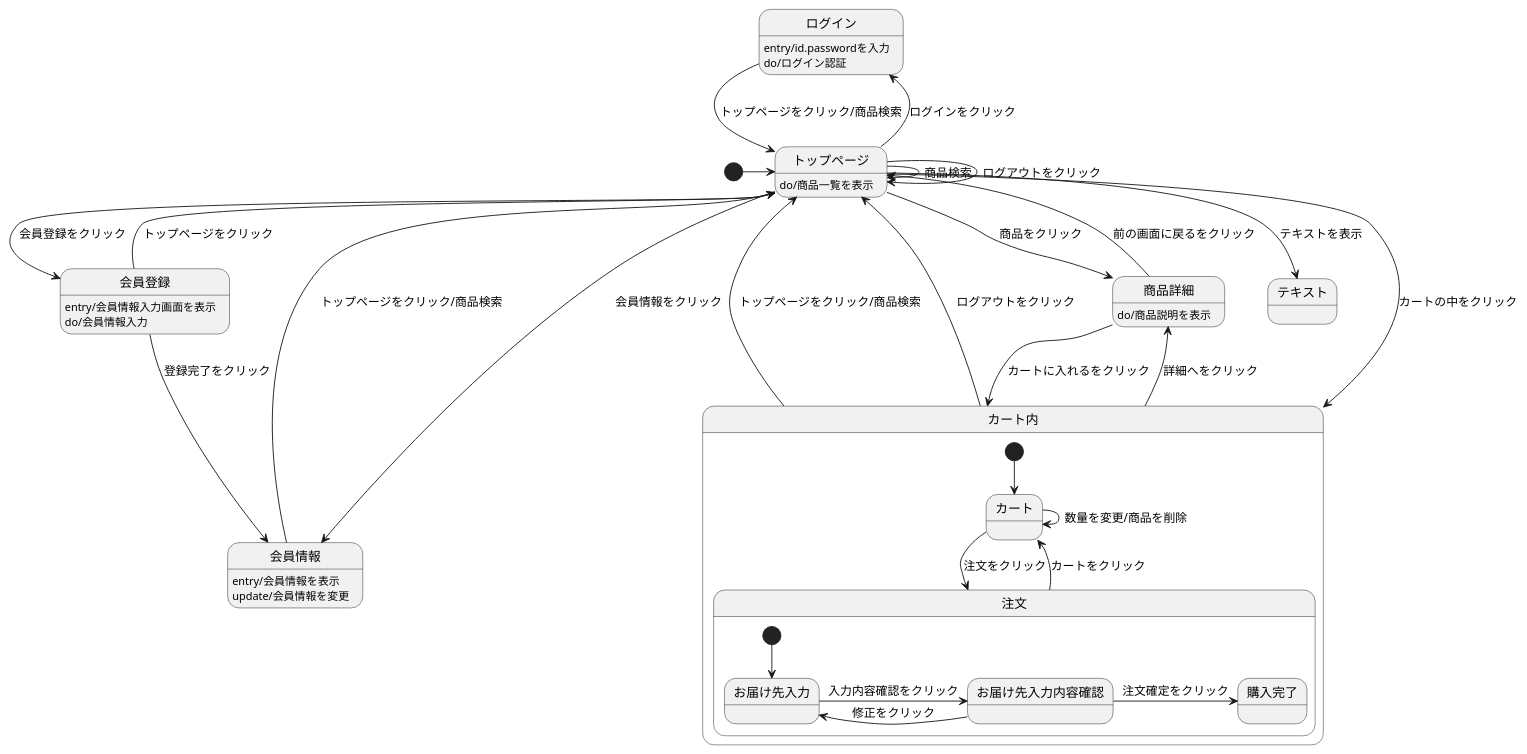
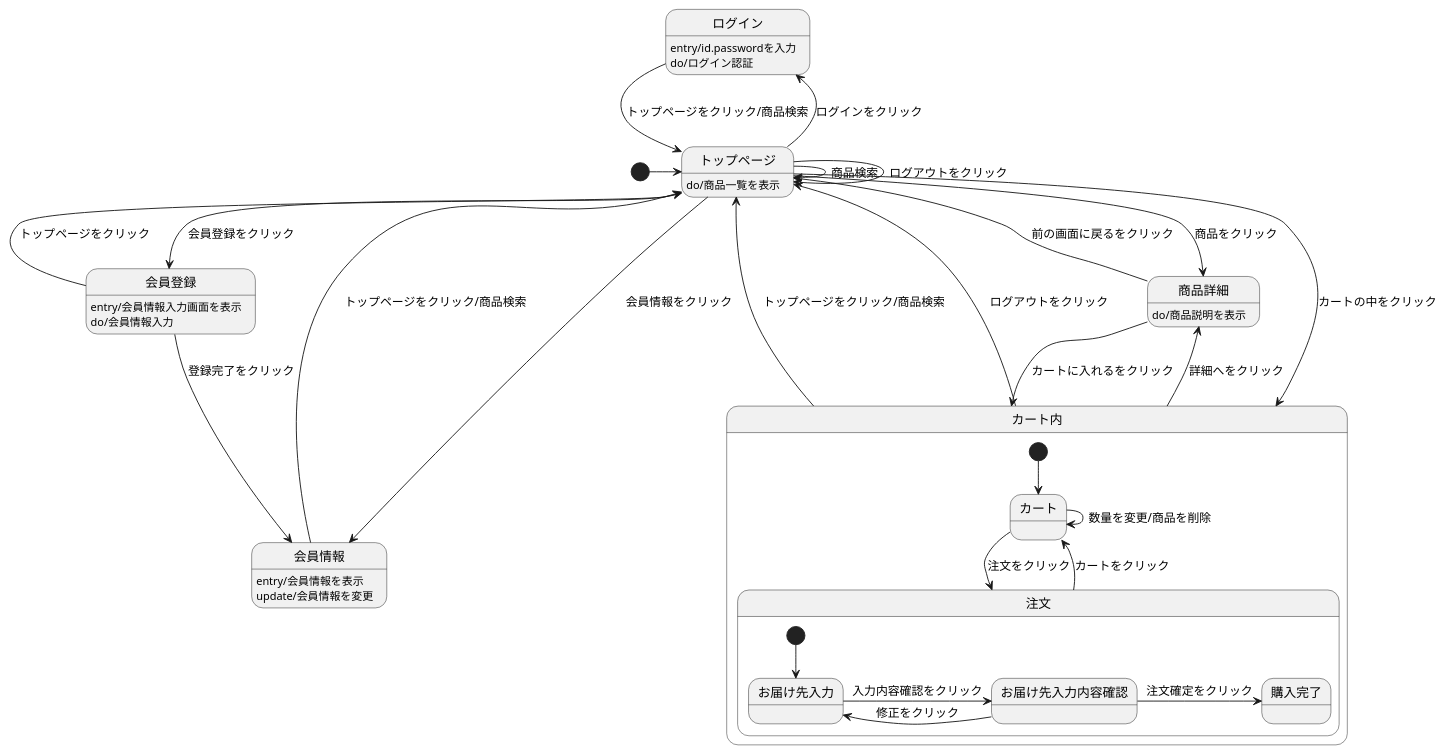
Before and after one commit to Aso2001007/System4: the diagram in 03_画面遷移図/画面遷移図.md, drawn with PlantUML.

````diff
--- a/03_画面遷移図/画面遷移図.md
+++ b/03_画面遷移図/画面遷移図.md
@@ -1,54 +1,53 @@
 ```uml
 
 @startuml
 [*] -> トップページ 
 
 会員登録 -left-> トップページ : トップページをクリック
 会員登録 -down-> 会員情報 :登録完了をクリック
 会員登録 :entry/会員情報入力画面を表示
 会員登録 :do/会員情報入力
 
 会員情報 -left-> トップページ : トップページをクリック/商品検索 
 会員情報 : entry/会員情報を表示
 会員情報 : update/会員情報を変更
 
 ログイン -down-> トップページ : トップページをクリック/商品検索 
 ログイン : entry/id.passwordを入力 
 ログイン : do/ログイン認証 
 
 トップページ --> 会員登録 : 会員登録をクリック
 トップページ -left-> 会員情報 : 会員情報をクリック
 トップページ --> トップページ : ログアウトをクリック 
 トップページ -> トップページ : 商品検索 
 トップページ -> 商品詳細 : 商品をクリック 
 トップページ -up-> ログイン : ログインをクリック 
 トップページ --> カート内 : カートの中をクリック 
-トップページ --> テキスト : テキストを表示
 トップページ : do/商品一覧を表示 
 
 商品詳細 --> カート内 : カートに入れるをクリック 
 商品詳細 --> トップページ : 前の画面に戻るをクリック 
 商品詳細 : do/商品説明を表示
 
  
 
 カート内 -up-> トップページ : トップページをクリック/商品検索 
 カート内 -up-> トップページ : ログアウトをクリック 
 カート内 -> 商品詳細 : 詳細へをクリック 
 
 state カート内 { 
   [*] --> カート 
   カート -> 注文 : 注文をクリック 
   カート -> カート : 数量を変更/商品を削除 
   注文 --> カート : カートをクリック 
 
   state 注文 { 
     [*] --> お届け先入力 
     お届け先入力 -> お届け先入力内容確認 : 入力内容確認をクリック 
     お届け先入力内容確認 -> お届け先入力 : 修正をクリック 
     お届け先入力内容確認 -> 購入完了 : 注文確定をクリック 
   } 
 }
 @enduml
 
 ```
````
